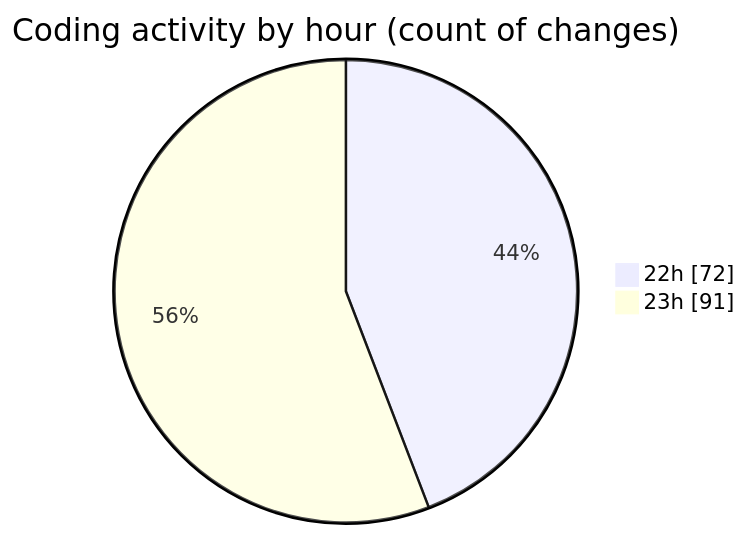
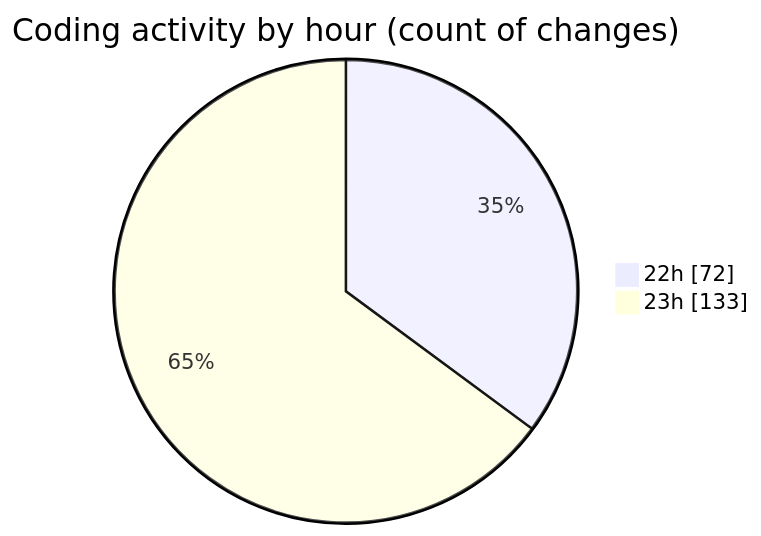
The second of 2 diagrams in 2025-07-28/javascript/README.md (Ritupan-Deka/code-tracking), drawn with Mermaid before and after one commit. The commit also changed other lines of this file and 1 other file, not shown here.

````diff
--- a/2025-07-28/javascript/README.md
+++ b/2025-07-28/javascript/README.md
@@ -28,6 +28,6 @@
 ```mermaid
 pie showData
 title Coding activity by hour (count of changes)
 "22h" : 72
-"23h" : 91
+"23h" : 133
 ```
````
